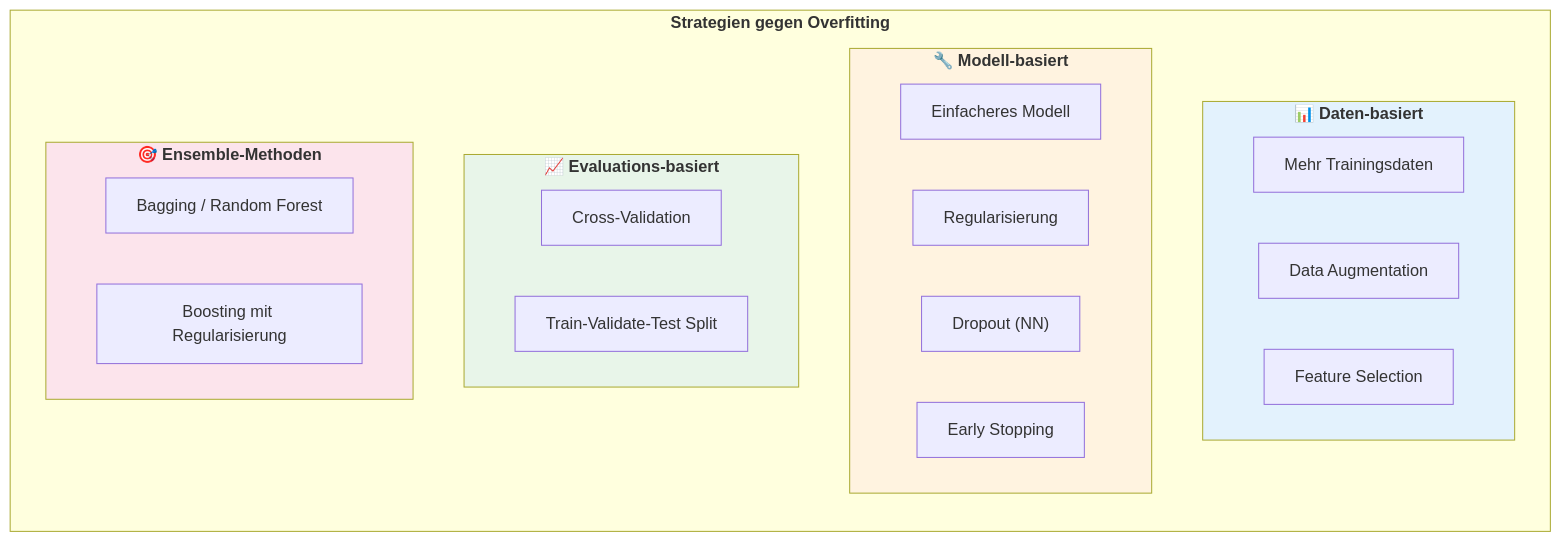
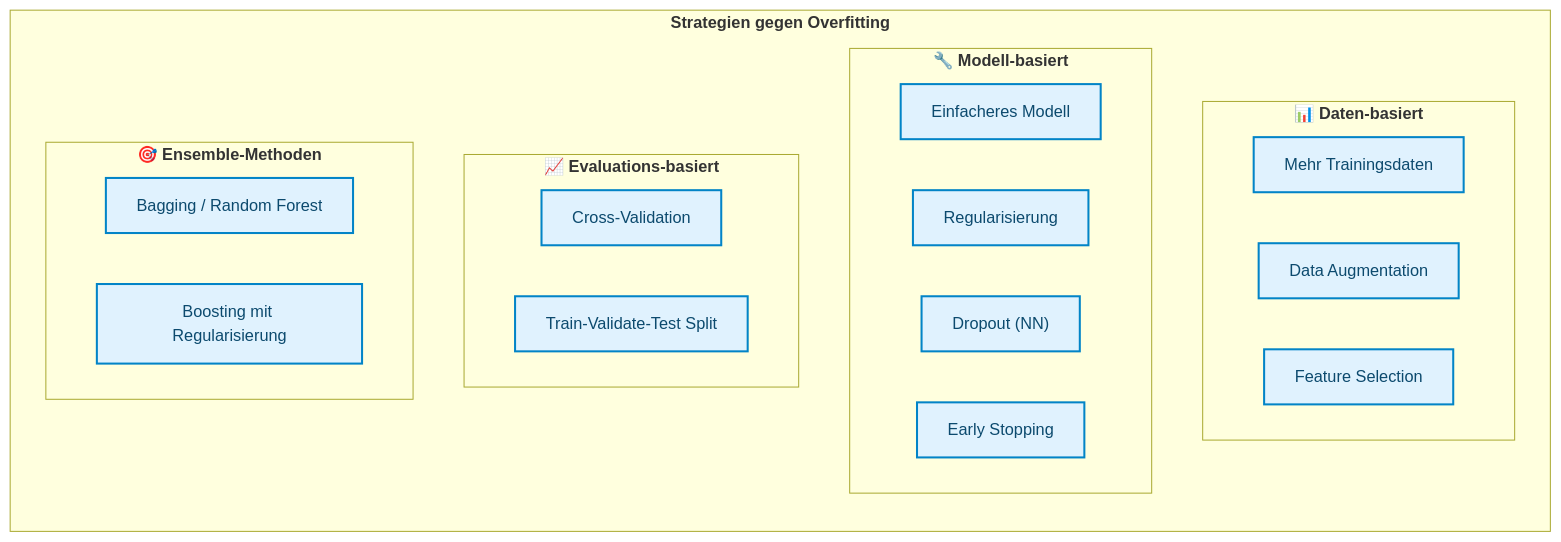
One commit to ralf-42/ML_Intro changed the sixth of 7 diagrams in docs/concepts/evaluate/overfitting.md. Above: the diagram before and after it, drawn with Mermaid. The commit also changed other lines of this file and 67 other files, not shown here.

````diff
--- a/docs/concepts/evaluate/overfitting.md
+++ b/docs/concepts/evaluate/overfitting.md
@@ -363,34 +362,31 @@
 ```mermaid
 flowchart TB
     subgraph strategies["<b>Strategien gegen Overfitting"]
         direction TB
         
         subgraph data["<b>📊 Daten-basiert"]
             D1["Mehr Trainingsdaten"]
             D2["Data Augmentation"]
             D3["Feature Selection"]
         end
         
         subgraph model["<b>🔧 Modell-basiert"]
             M1["Einfacheres Modell"]
             M2["Regularisierung"]
             M3["Dropout (NN)"]
             M4["Early Stopping"]
         end
         
         subgraph eval["<b>📈 Evaluations-basiert"]
             E1["Cross-Validation"]
             E2["Train-Validate-Test Split"]
         end
         
         subgraph ensemble["<b>🎯 Ensemble-Methoden"]
             EN1["Bagging / Random Forest"]
             EN2["Boosting mit Regularisierung"]
         end
     end
-    
-    style data fill:#e3f2fd
-    style model fill:#fff3e0
-    style eval fill:#e8f5e9
-    style ensemble fill:#fce4ec
+
+    classDef default fill:#e0f2fe,stroke:#0284c7,stroke-width:2px,color:#0c4a6e;
 ```
````
